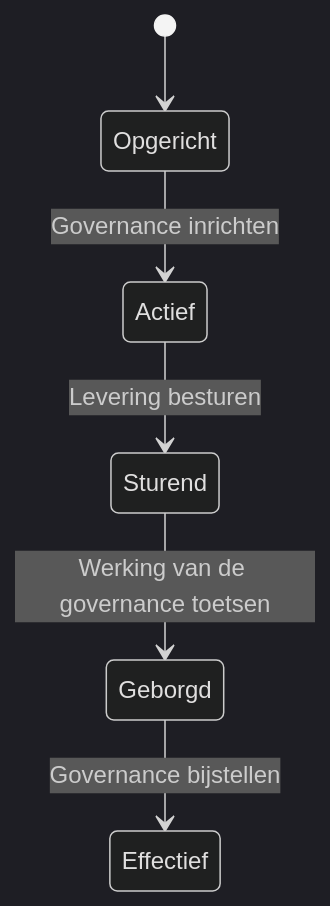
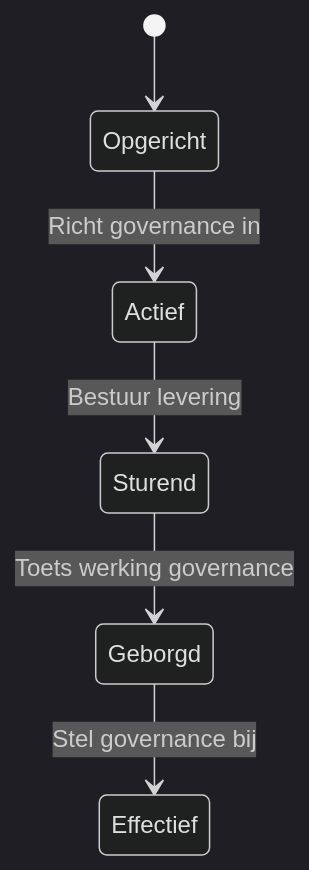
Before and after one commit to hietkamp/hietkamp.github.io: the diagram in essence/method/diagrams/governance.mmd, drawn with Mermaid (dark theme). The commit also changed 52 other files, not shown here.

```diff
--- a/essence/method/diagrams/governance.mmd
+++ b/essence/method/diagrams/governance.mmd
@@ -1,14 +1,14 @@
 %% State diagram: Governance (alpha/governance)
 %% Alle transities zijn expliciet gekoppeld aan een activiteit via een completion-criterion in de rdf.
 stateDiagram-v2
     Initiated: Opgericht
     Engaged: Actief
     Guiding: Sturend
     Assured: Geborgd
     Effective: Effectief
 
     [*] --> Initiated
-    Initiated --> Engaged : Governance inrichten
-    Engaged --> Guiding : Levering besturen
-    Guiding --> Assured : Werking van de governance toetsen
-    Assured --> Effective : Governance bijstellen
+    Initiated --> Engaged : Richt governance in
+    Engaged --> Guiding : Bestuur levering
+    Guiding --> Assured : Toets werking governance
+    Assured --> Effective : Stel governance bij
```
